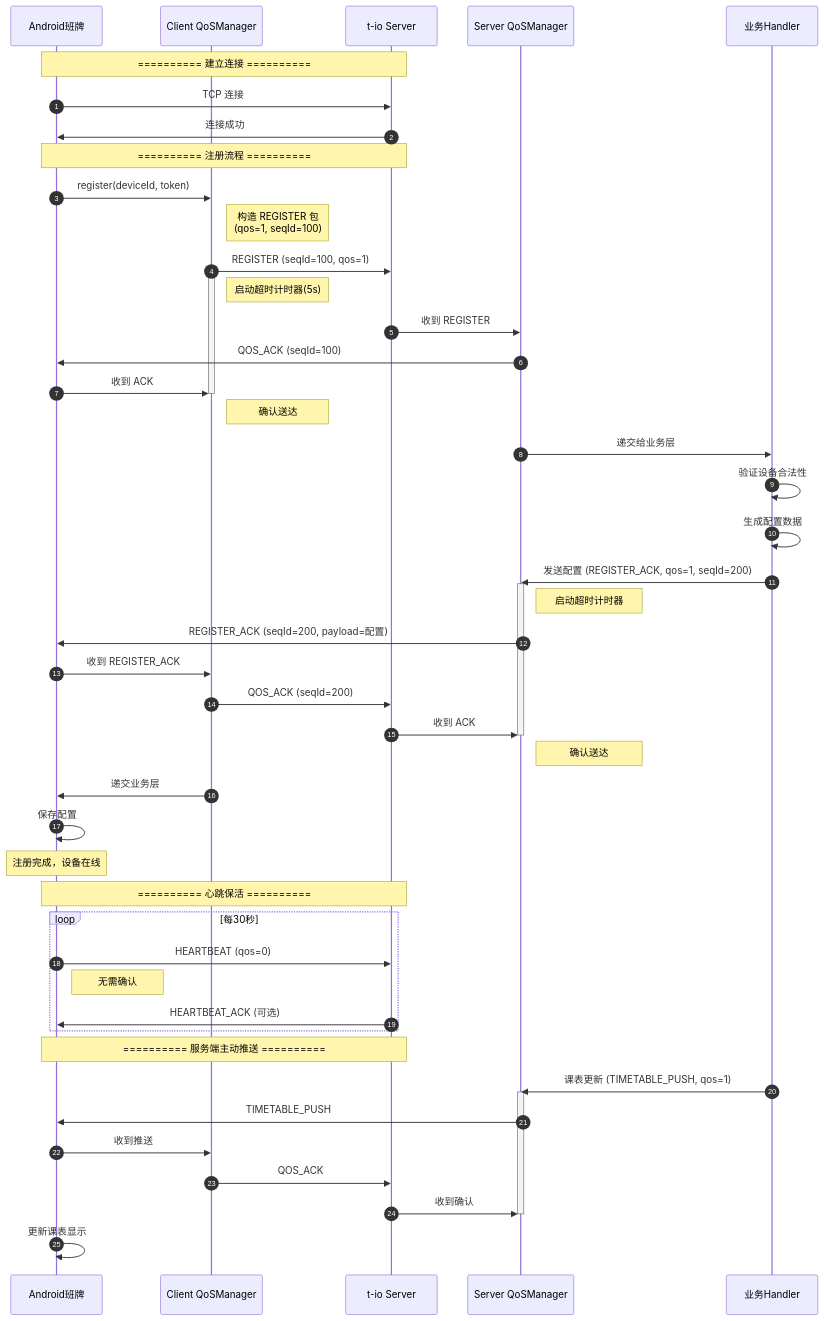
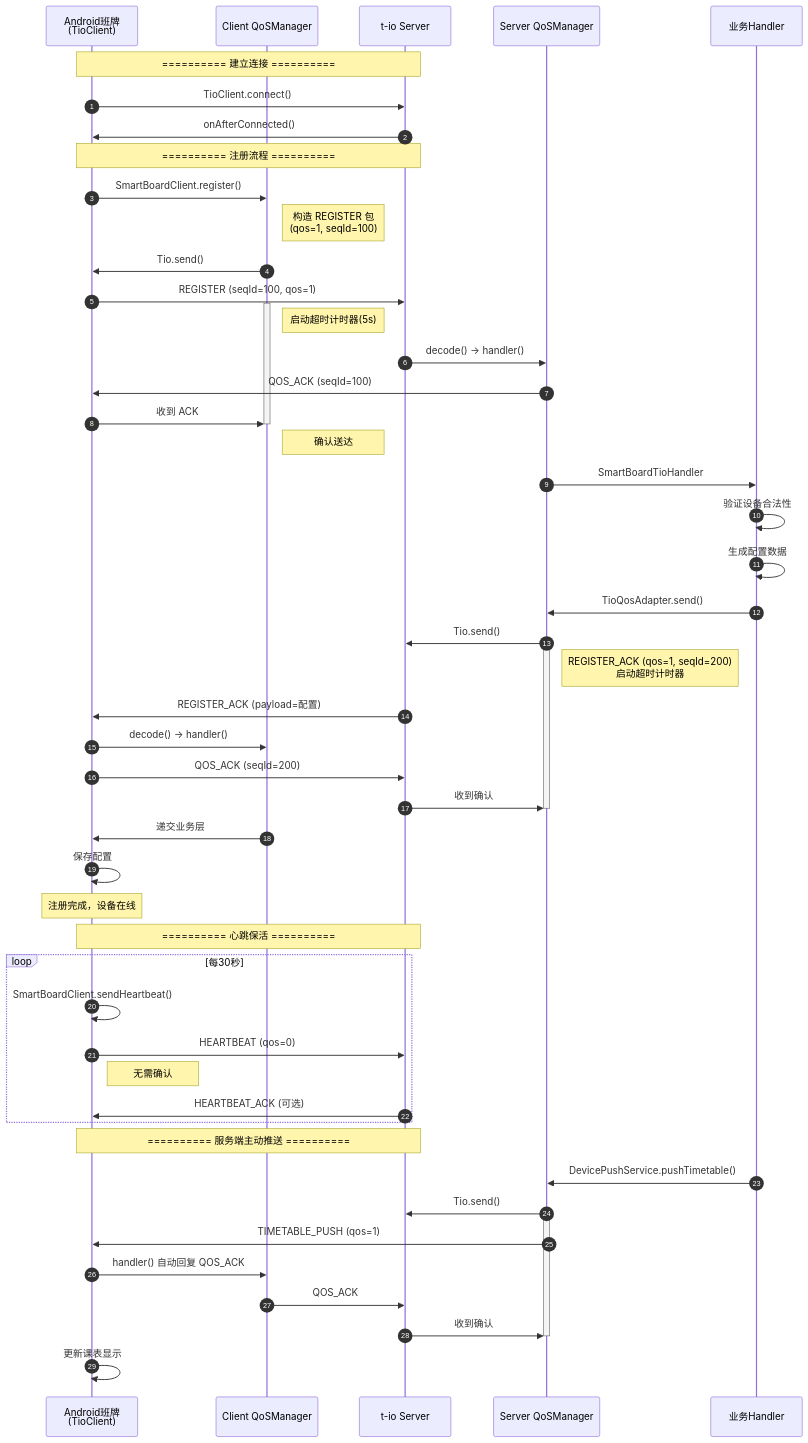
One commit to sunjieyi60/lab-system changed the fifth of 6 diagrams in tio-protocol/USAGE_GUIDE.md. Above: the diagram before and after it, drawn with Mermaid. The commit also changed other lines of this file and 14 other files, not shown here.

````diff
--- a/tio-protocol/USAGE_GUIDE.md
+++ b/tio-protocol/USAGE_GUIDE.md
@@ -570,65 +878,68 @@
 ```mermaid
 sequenceDiagram
     autonumber
-    participant A as Android班牌
+    participant A as Android班牌<br/>(TioClient)
     participant QC as Client QoSManager
     participant S as t-io Server
     participant QS as Server QoSManager
     participant H as 业务Handler
     
     Note over A,S: ========== 建立连接 ==========
-    A->>S: TCP 连接
-    S->>A: 连接成功
+    A->>S: TioClient.connect()
+    S->>A: onAfterConnected()
     
     Note over A,S: ========== 注册流程 ==========
-    A->>QC: register(deviceId, token)
+    A->>QC: SmartBoardClient.register()
     Note right of QC: 构造 REGISTER 包<br/>(qos=1, seqId=100)
     
-    QC->>S: REGISTER (seqId=100, qos=1)
+    QC->>A: Tio.send()
+    A->>S: REGISTER (seqId=100, qos=1)
     activate QC
     Note right of QC: 启动超时计时器(5s)
     
-    S->>QS: 收到 REGISTER
+    S->>QS: decode() -> handler()
     QS->>A: QOS_ACK (seqId=100)
     A->>QC: 收到 ACK
     deactivate QC
     Note right of QC: 确认送达
     
-    QS->>H: 递交给业务层
+    QS->>H: SmartBoardTioHandler
     
     H->>H: 验证设备合法性
     H->>H: 生成配置数据
     
-    H->>QS: 发送配置 (REGISTER_ACK, qos=1, seqId=200)
+    H->>QS: TioQosAdapter.send()
+    QS->>S: Tio.send()
     activate QS
-    Note right of QS: 启动超时计时器
+    Note right of QS: REGISTER_ACK (qos=1, seqId=200)<br/>启动超时计时器
     
-    QS->>A: REGISTER_ACK (seqId=200, payload=配置)
+    S->>A: REGISTER_ACK (payload=配置)
+    A->>QC: decode() -> handler()
     
-    A->>QC: 收到 REGISTER_ACK
-    QC->>S: QOS_ACK (seqId=200)
-    S->>QS: 收到 ACK
+    A->>S: QOS_ACK (seqId=200)
+    S->>QS: 收到确认
     deactivate QS
-    Note right of QS: 确认送达
     
     QC->>A: 递交业务层
     A->>A: 保存配置
     Note over A: 注册完成，设备在线
     
     Note over A,S: ========== 心跳保活 ==========
     loop 每30秒
+        A->>A: SmartBoardClient.sendHeartbeat()
         A->>S: HEARTBEAT (qos=0)
         Note right of A: 无需确认
         S->>A: HEARTBEAT_ACK (可选)
     end
     
     Note over A,S: ========== 服务端主动推送 ==========
-    H->>QS: 课表更新 (TIMETABLE_PUSH, qos=1)
+    H->>QS: DevicePushService.pushTimetable()
+    QS->>S: Tio.send()
     activate QS
-    QS->>A: TIMETABLE_PUSH
-    A->>QC: 收到推送
+    QS->>A: TIMETABLE_PUSH (qos=1)
+    A->>QC: handler() 自动回复 QOS_ACK
     QC->>S: QOS_ACK
     S->>QS: 收到确认
     deactivate QS
     A->>A: 更新课表显示
 ```
````
